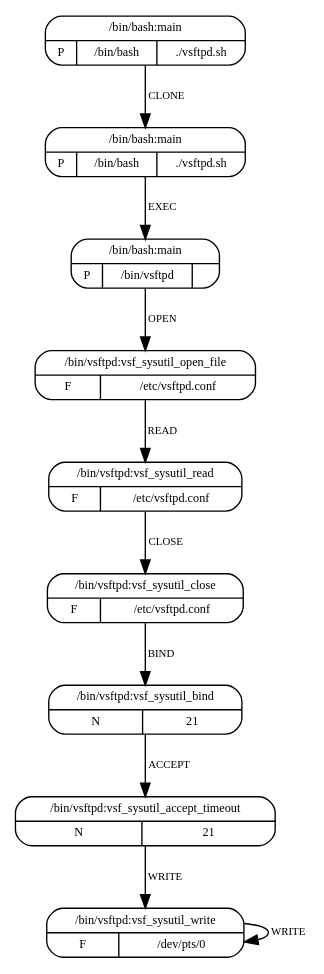
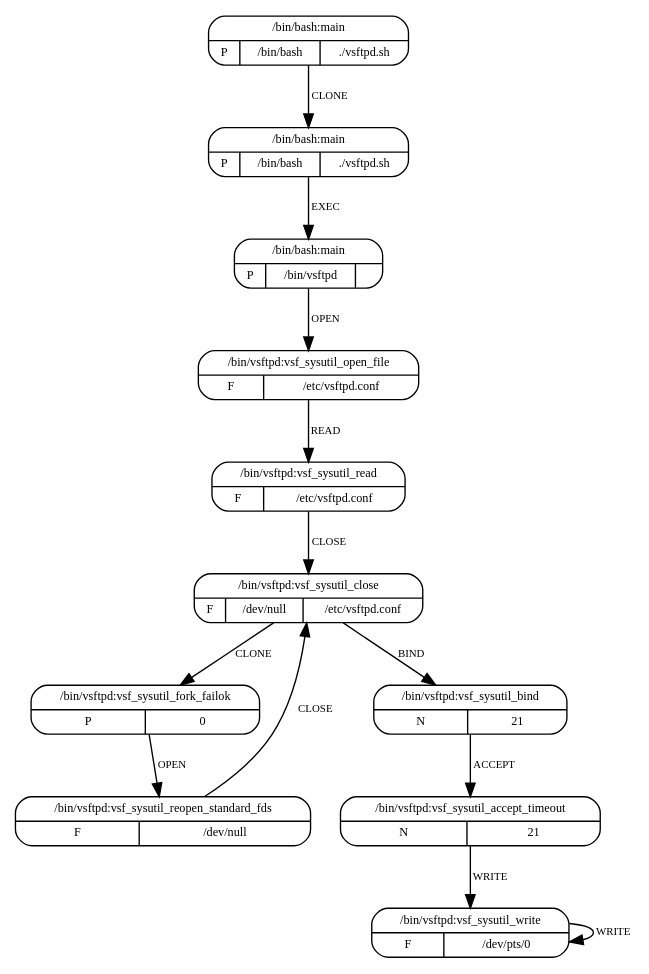
One commit to sysflow-telemetry/upolicycraft changed the diagram in plugins/mrm/resources/models/vsftpd.dot. Above: the diagram before and after it, drawn with Graphviz. The commit also changed 10 other files, not shown here.

```diff
--- a/plugins/mrm/resources/models/vsftpd.dot
+++ b/plugins/mrm/resources/models/vsftpd.dot
@@ -1,34 +1,42 @@
 digraph G {
   4 [shape=Mrecord,
      label="{{/bin/vsftpd:vsf_sysutil_read}|{F|{/etc/vsftpd.conf}}}",
      fontsize=9, ];
   5 [shape=Mrecord,
-     label="{{/bin/vsftpd:vsf_sysutil_close}|{F|{/etc/vsftpd.conf}}}",
+     label="{{/bin/vsftpd:vsf_sysutil_close}|{F|{/dev/null}|{/etc/vsftpd.conf}}}",
+     fontsize=9, ];
+  9 [shape=Mrecord, label="{{/bin/vsftpd:vsf_sysutil_fork_failok}|{P|0}}",
      fontsize=9, ];
   6 [shape=Mrecord, label="{{/bin/vsftpd:vsf_sysutil_bind}|{N|{21}}}",
      fontsize=9, ];
   7 [shape=Mrecord, label="{{/bin/vsftpd:vsf_sysutil_accept_timeout}|{N|{21}}}",
      fontsize=9, ];
+  10 [shape=Mrecord,
+      label="{{/bin/vsftpd:vsf_sysutil_reopen_standard_fds}|{F|{/dev/null}}}",
+      fontsize=9, ];
   8 [shape=Mrecord, label="{{/bin/vsftpd:vsf_sysutil_write}|{F|{/dev/pts/0}}}",
      fontsize=9, ];
   3 [shape=Mrecord,
      label="{{/bin/vsftpd:vsf_sysutil_open_file}|{F|{/etc/vsftpd.conf}}}",
      fontsize=9, ];
   0 [shape=Mrecord, label="{{/bin/bash:main}|{P|/bin/bash|./vsftpd.sh}}",
      fontsize=9, ];
   1 [shape=Mrecord, label="{{/bin/bash:main}|{P|/bin/bash|./vsftpd.sh}}",
      fontsize=9, ];
   2 [shape=Mrecord, label="{{/bin/bash:main}|{P|/bin/vsftpd|}}", fontsize=9, ];
   
   
   4 -> 5 [label="CLOSE", fontsize=8, ];
+  5 -> 9 [label="CLONE", fontsize=8, ];
   5 -> 6 [label="BIND", fontsize=8, ];
+  9 -> 10 [label="OPEN", fontsize=8, ];
   6 -> 7 [label="ACCEPT", fontsize=8, ];
   7 -> 8 [label="WRITE", fontsize=8, ];
+  10 -> 5 [label="CLOSE", fontsize=8, ];
   8 -> 8 [label="WRITE", fontsize=8, ];
   3 -> 4 [label="READ", fontsize=8, ];
   0 -> 1 [label="CLONE", fontsize=8, ];
   1 -> 2 [label="EXEC", fontsize=8, ];
   2 -> 3 [label="OPEN", fontsize=8, ];
   
   }
```
